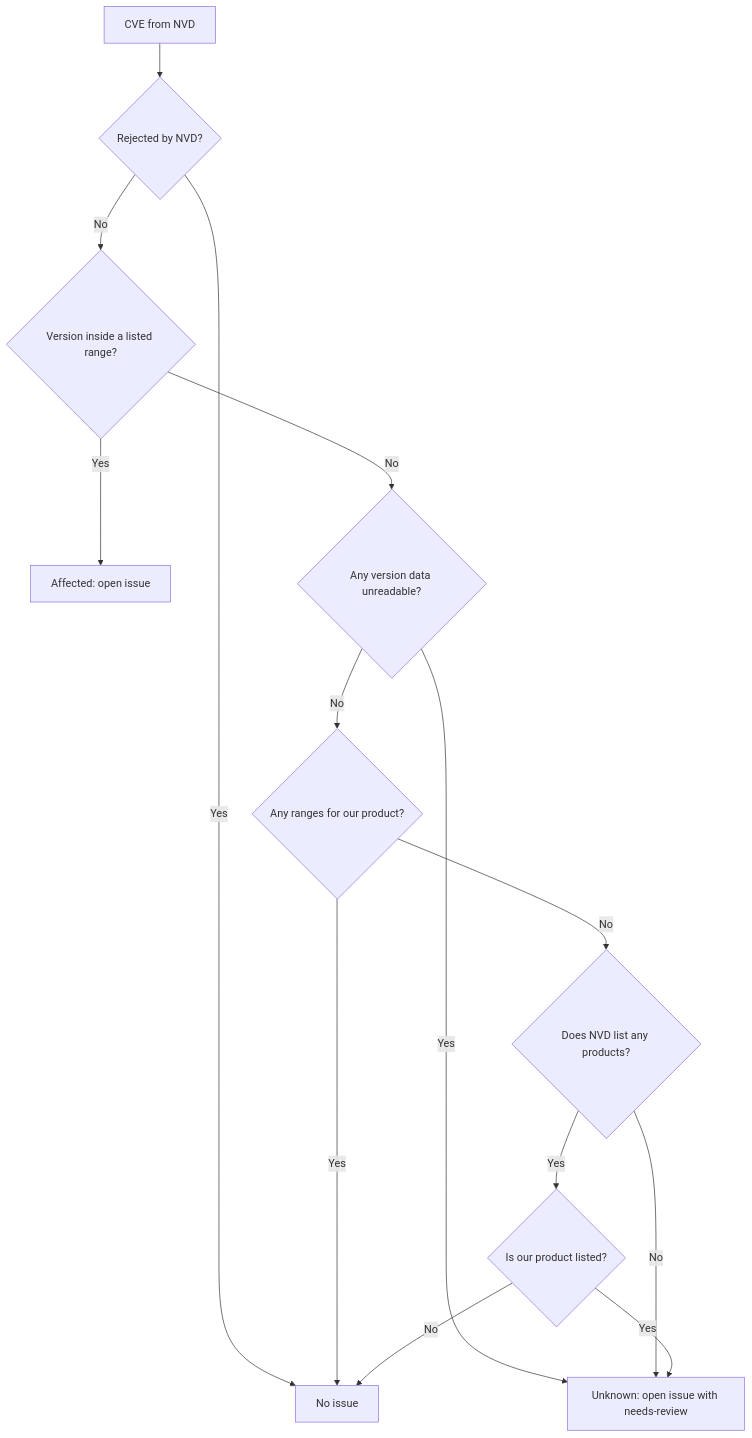
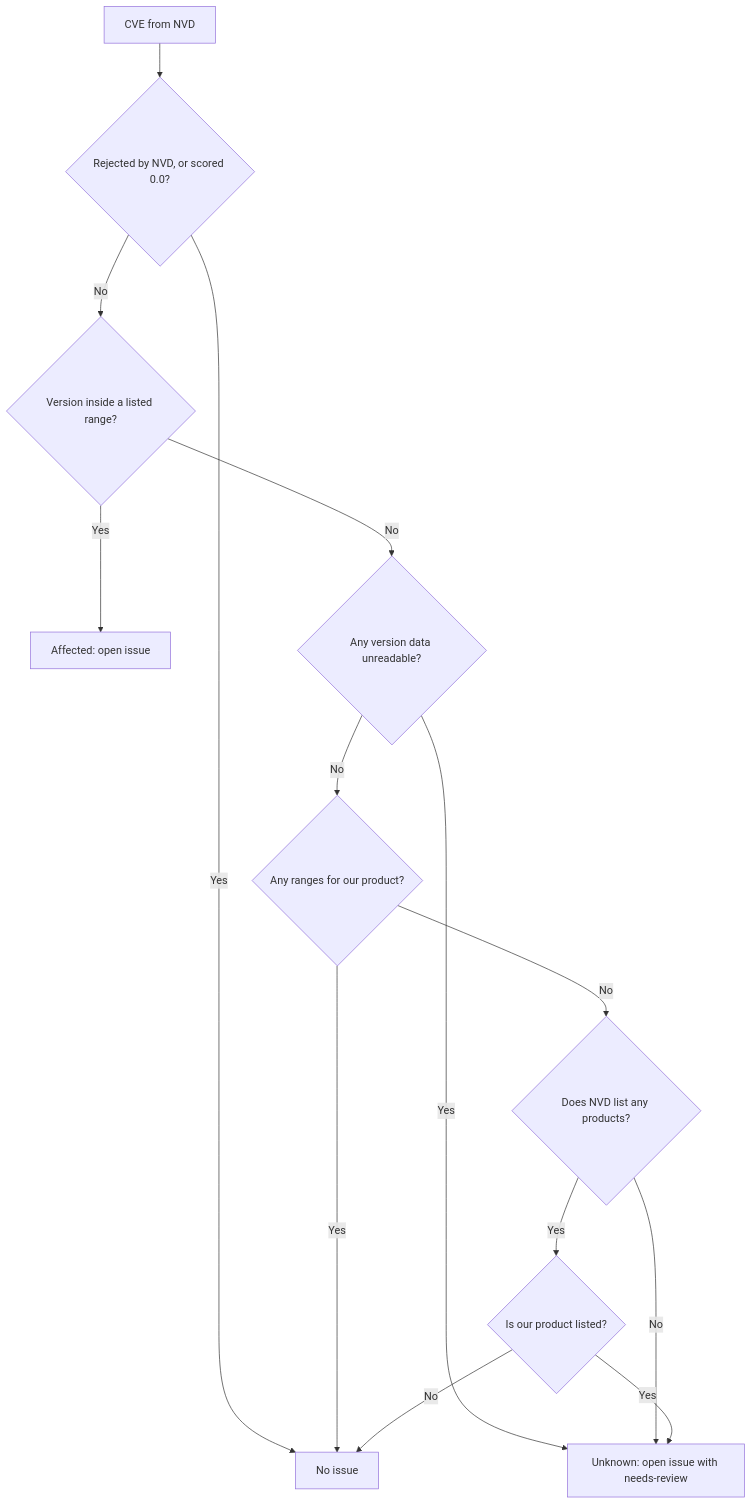
One commit to iamunnip/infra-vuln-watch changed the diagram in docs/explanation/how-matching-works.md. Above: the diagram before and after it, drawn with Mermaid. The commit also changed other lines of this file and 24 other files, not shown here.

````diff
--- a/docs/explanation/how-matching-works.md
+++ b/docs/explanation/how-matching-works.md
@@ -21,16 +21,16 @@
 ```mermaid
 flowchart TD
-    start[CVE from NVD] --> rejected{Rejected by NVD?}
+    start[CVE from NVD] --> rejected{Rejected by NVD, or scored 0.0?}
     rejected -->|Yes| none[No issue]
     rejected -->|No| inrange{Version inside a listed range?}
     inrange -->|Yes| affected[Affected: open issue]
     inrange -->|No| unread{Any version data unreadable?}
     unread -->|Yes| unknown[Unknown: open issue with needs-review]
     unread -->|No| ranges{Any ranges for our product?}
     ranges -->|Yes| none
     ranges -->|No| data{Does NVD list any products?}
     data -->|No| unknown
     data -->|Yes| ours{Is our product listed?}
     ours -->|Yes| unknown
     ours -->|No| none
 ```
````
